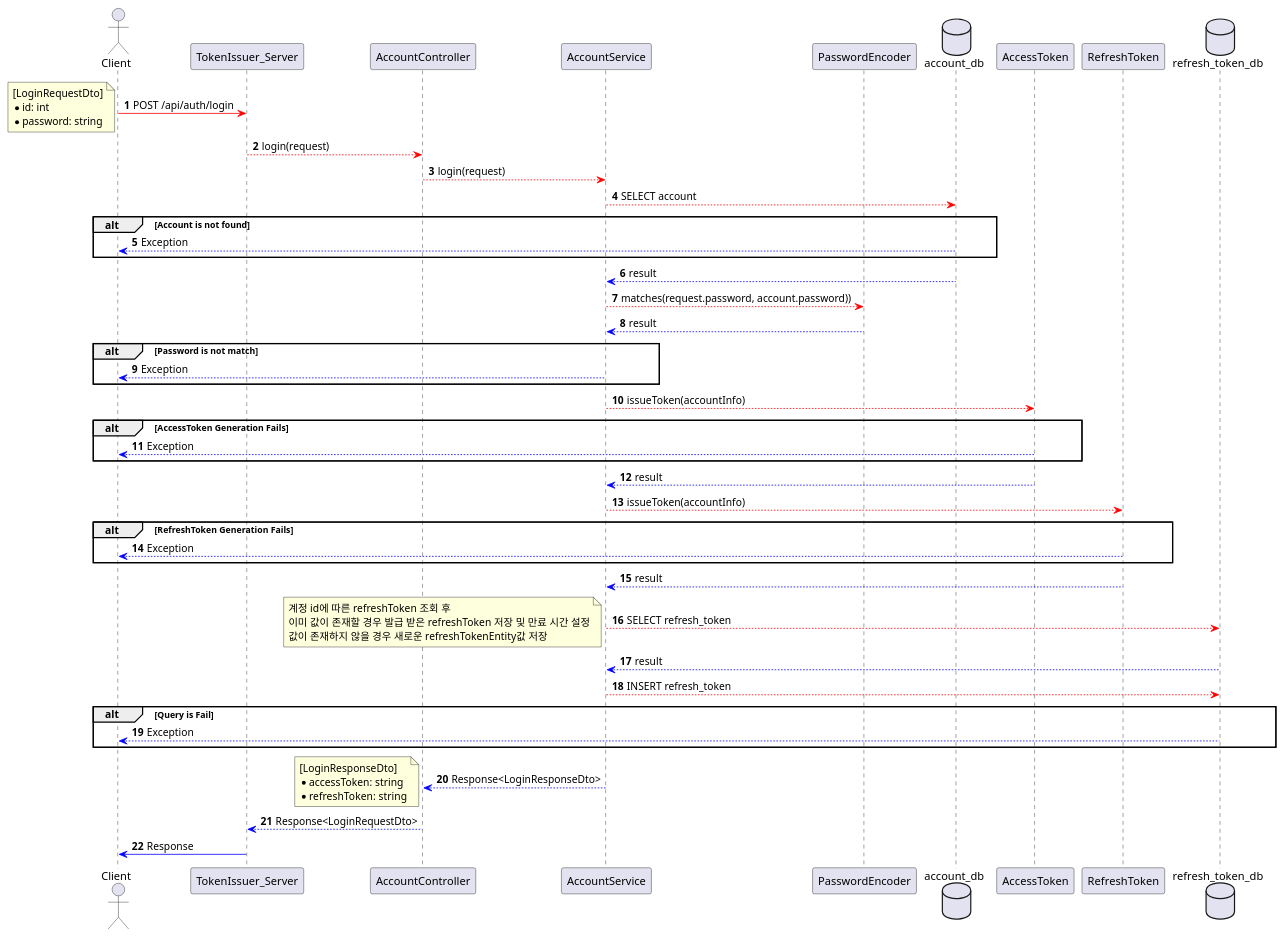
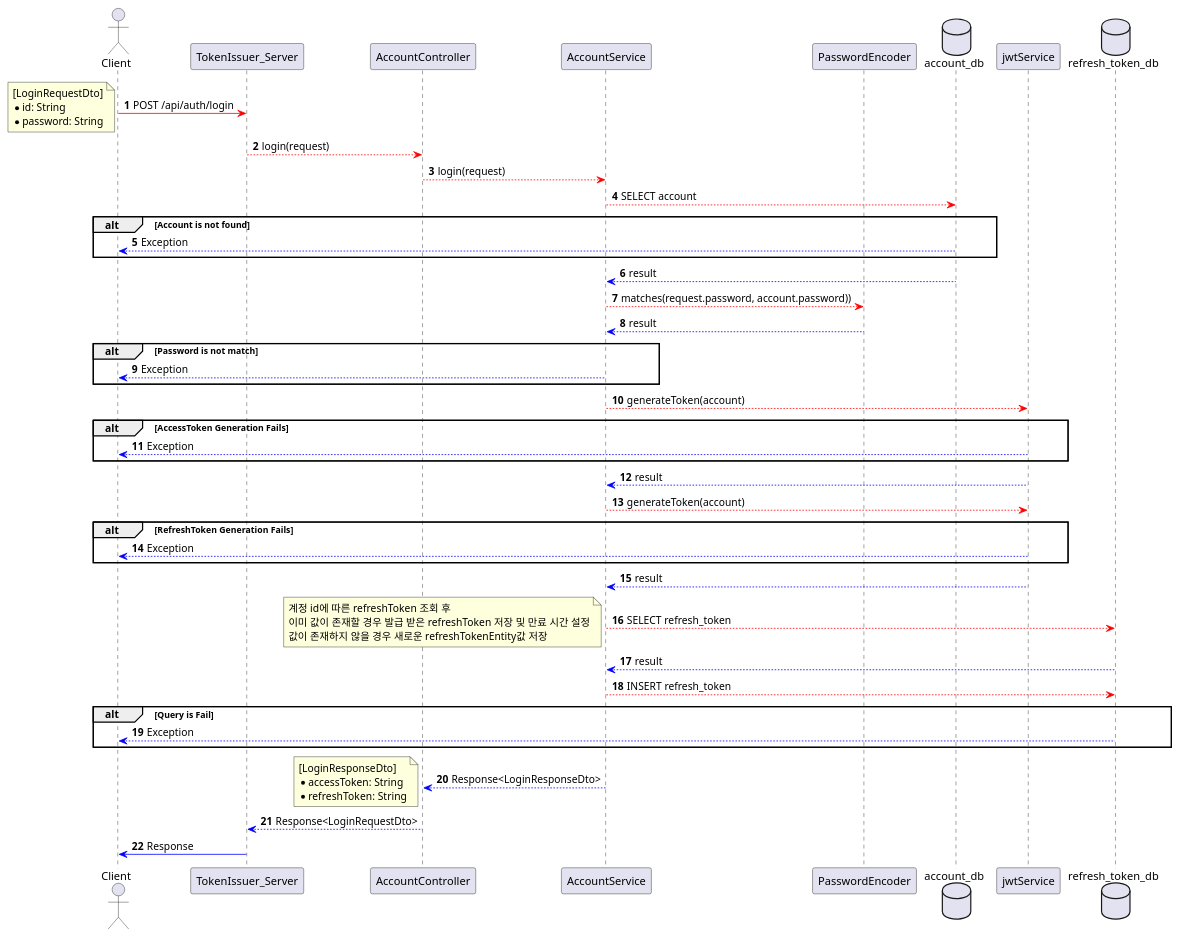
One commit to tenta3802/jwt-login changed the diagram in src/uml/account/sequence/login-account.puml. Above: the diagram before and after it, drawn with PlantUML. The commit also changed 2 other files, not shown here.

Commit message:
UML 변경 사항 수정

```diff
--- a/src/uml/account/sequence/login-account.puml
+++ b/src/uml/account/sequence/login-account.puml
@@ -1,75 +1,74 @@
 @startuml
 'https://plantuml.com/sequence-diagram
 
 autonumber
 
 actor Client as client
 participant TokenIssuer_Server as server
 participant AccountController as co
 participant AccountService as sv
 participant PasswordEncoder as pe
 database account_db as acc_db
-participant AccessToken as at
-participant RefreshToken as rt
+participant jwtService as js
 database refresh_token_db as ref_db
 
 client -[#red]> server : POST /api/auth/login
 note left
 [LoginRequestDto]
-* id: int
-* password: string
+* id: String
+* password: String
 end note
 
 autonumber 2
 server --[#red]> co: login(request)
 co --[#red]> sv: login(request)
 
 sv --[#red]>acc_db: SELECT account
 alt Account is not found
     client <[#blue]-- acc_db: Exception
 end
 acc_db --[#blue]> sv: result
 
 sv --[#red]>pe: matches(request.password, account.password))
 pe --[#blue]> sv: result
 alt Password is not match
     client <[#blue]-- sv: Exception
 end
 
-sv --[#red]>at: issueToken(accountInfo)
+sv --[#red]>js: generateToken(account)
 alt AccessToken Generation Fails
-    client <[#blue]-- at: Exception
+    client <[#blue]-- js: Exception
 end
-at --[#blue]> sv: result
+js --[#blue]> sv: result
 
-sv --[#red]>rt: issueToken(accountInfo)
+sv --[#red]>js: generateToken(account)
 alt RefreshToken Generation Fails
-    client <[#blue]-- rt: Exception
+    client <[#blue]-- js: Exception
 end
 
-rt --[#blue]> sv: result
+js --[#blue]> sv: result
 sv --[#red]>ref_db : SELECT refresh_token
 note left
 계정 id에 따른 refreshToken 조회 후
 이미 값이 존재할 경우 발급 받은 refreshToken 저장 및 만료 시간 설정
 값이 존재하지 않을 경우 새로운 refreshTokenEntity값 저장
 end note
 ref_db --[#blue]> sv: result
 sv --[#red]>ref_db : INSERT refresh_token
 alt Query is Fail
     ref_db --[#blue]> client: Exception
 end
 
 autonumber 20
 
 co <[#blue]-- sv: Response<LoginResponseDto>
 note left
 [LoginResponseDto]
-* accessToken: string
-* refreshToken: string
+* accessToken: String
+* refreshToken: String
 end note
 server <[#blue]-- co: Response<LoginRequestDto>
 
 client <[#blue]- server: Response
 
 @enduml
```
